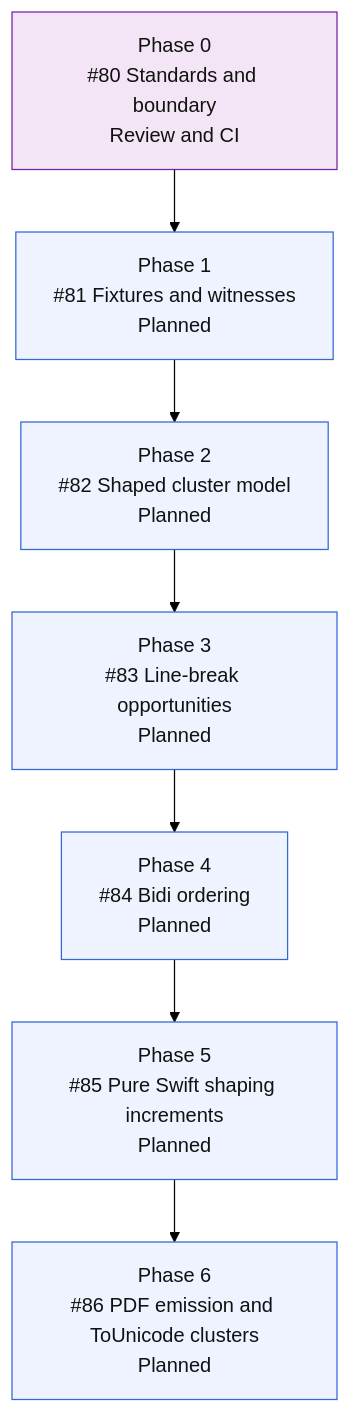
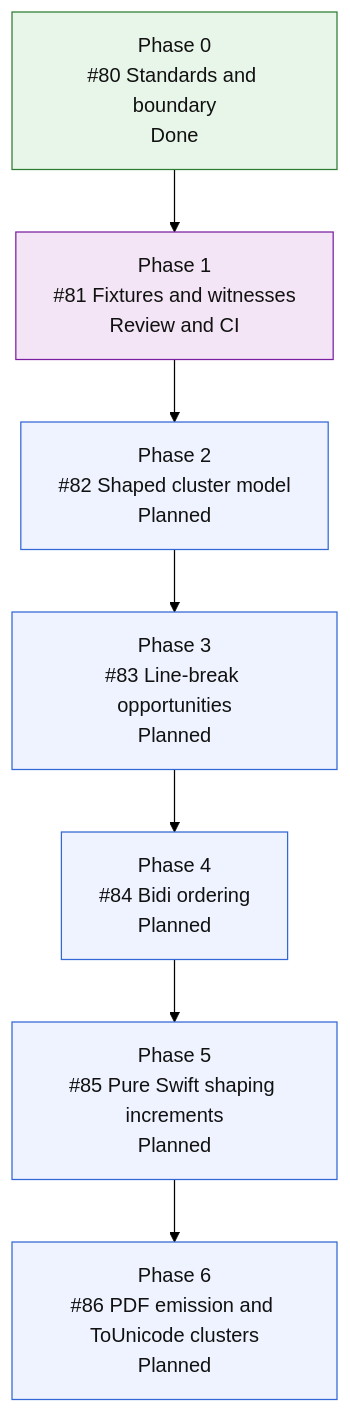
The fourth of 4 diagrams in README.md (mihaelamj/MarkdownPDF), drawn with Mermaid (forest theme) before and after one commit. The commit also changed 3 other files, not shown here.

````diff
--- a/README.md
+++ b/README.md
@@ -300,20 +300,21 @@
 ```mermaid
 flowchart TD
-    S0["Phase 0<br/>#80 Standards and boundary<br/>Review and CI"]
-    S1["Phase 1<br/>#81 Fixtures and witnesses<br/>Planned"]
+    S0["Phase 0<br/>#80 Standards and boundary<br/>Done"]
+    S1["Phase 1<br/>#81 Fixtures and witnesses<br/>Review and CI"]
     S2["Phase 2<br/>#82 Shaped cluster model<br/>Planned"]
     S3["Phase 3<br/>#83 Line-break opportunities<br/>Planned"]
     S4["Phase 4<br/>#84 Bidi ordering<br/>Planned"]
     S5["Phase 5<br/>#85 Pure Swift shaping increments<br/>Planned"]
     S6["Phase 6<br/>#86 PDF emission and ToUnicode clusters<br/>Planned"]
 
     S0 --> S1 --> S2 --> S3 --> S4 --> S5 --> S6
 
     classDef done fill:#e8f5e9,stroke:#2e7d32,color:#111;
     classDef active fill:#e3f2fd,stroke:#1565c0,color:#111;
     classDef review fill:#f3e5f5,stroke:#7b1fa2,color:#111;
     classDef next fill:#fff8e1,stroke:#f9a825,color:#111;
     classDef todo fill:#eef3ff,stroke:#3367d6,color:#111;
-    class S0 review;
-    class S1,S2,S3,S4,S5,S6 todo;
+    class S0 done;
+    class S1 review;
+    class S2,S3,S4,S5,S6 todo;
 ```
````
